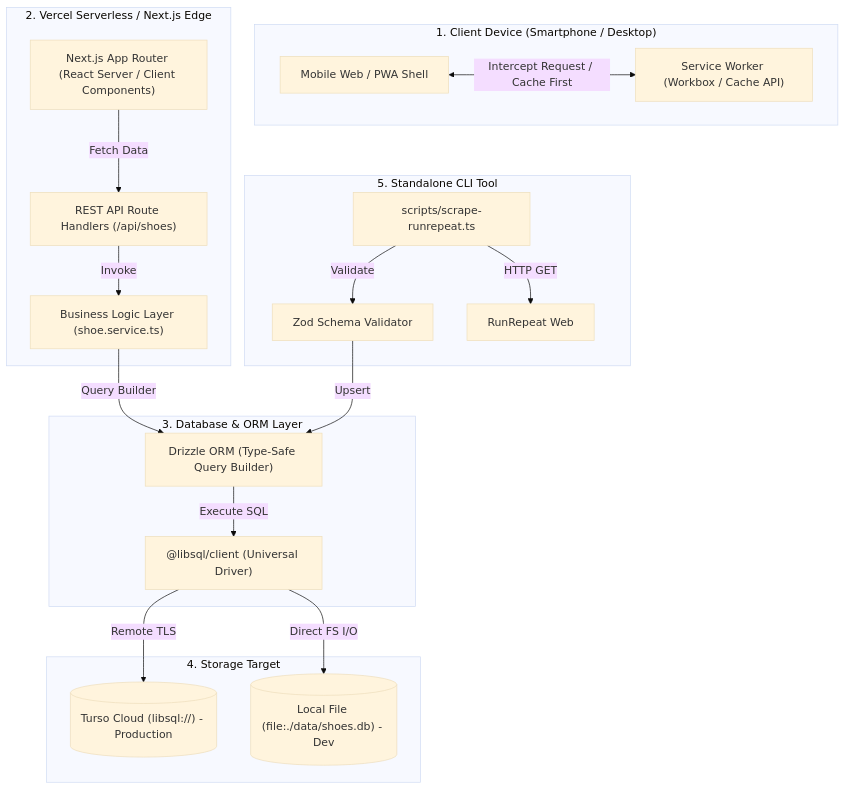
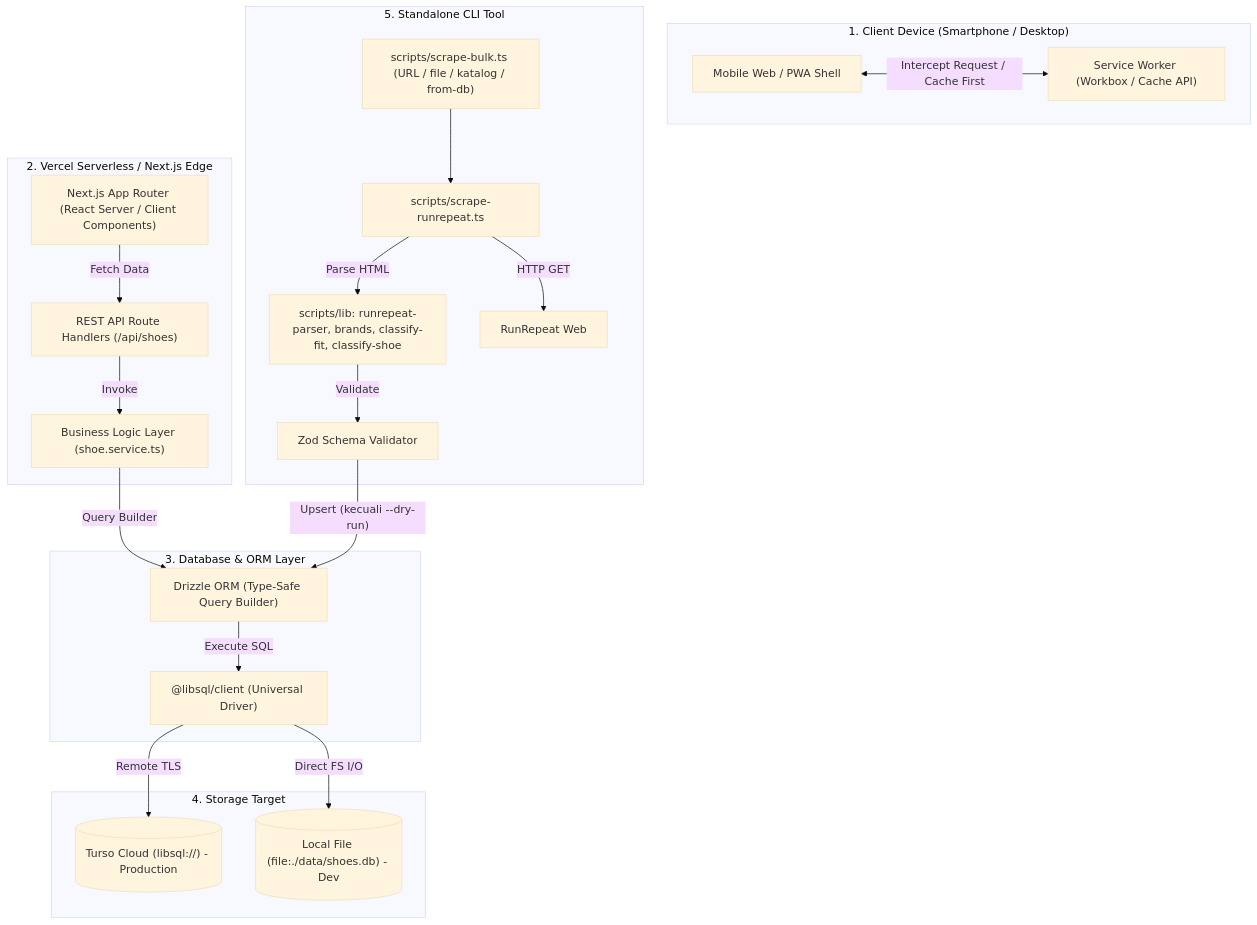
The diagram in docs/ARCHITECTURE.md (GodzillaCupu/SepatuLariApaIni), drawn with Mermaid (base theme) before and after one commit. The commit also changed other lines of this file and 9 other files, not shown here.

````diff
--- a/docs/ARCHITECTURE.md
+++ b/docs/ARCHITECTURE.md
@@ -9,43 +9,47 @@
 ```mermaid
 flowchart TD
     subgraph ClientDevice["1. Client Device (Smartphone / Desktop)"]
         Browser["Mobile Web / PWA Shell"]
         ServiceWorker["Service Worker (Workbox / Cache API)"]
         Browser <-->|"Intercept Request / Cache First"| ServiceWorker
     end
 
     subgraph ServerlessEdge["2. Vercel Serverless / Next.js Edge"]
         NextApp["Next.js App Router (React Server / Client Components)"]
         APIRoute["REST API Route Handlers (/api/shoes)"]
         ShoeService["Business Logic Layer (shoe.service.ts)"]
         
         NextApp -->|"Fetch Data"| APIRoute
         APIRoute -->|"Invoke"| ShoeService
     end
 
     subgraph DatabaseLayer["3. Database & ORM Layer"]
         Drizzle["Drizzle ORM (Type-Safe Query Builder)"]
         LibSqlClient["@libsql/client (Universal Driver)"]
         
         ShoeService -->|"Query Builder"| Drizzle
         Drizzle -->|"Execute SQL"| LibSqlClient
     end
 
     subgraph DataStorage["4. Storage Target"]
         TursoCloud[("Turso Cloud (libsql://) - Production")]
         LocalSQLite[("Local File (file:./data/shoes.db) - Dev")]
         
         LibSqlClient -->|"Remote TLS"| TursoCloud
         LibSqlClient -->|"Direct FS I/O"| LocalSQLite
     end
 
     subgraph ScraperCLI["5. Standalone CLI Tool"]
+        Bulk["scripts/scrape-bulk.ts (URL / file / katalog / from-db)"]
         Scraper["scripts/scrape-runrepeat.ts"]
+        Parser["scripts/lib: runrepeat-parser, brands, classify-fit, classify-shoe"]
         ZodValidator["Zod Schema Validator"]
         RunRepeatWeb["RunRepeat Web"]
         
+        Bulk --> Scraper
         Scraper -->|"HTTP GET"| RunRepeatWeb
-        Scraper -->|"Validate"| ZodValidator
-        ZodValidator -->|"Upsert"| Drizzle
+        Scraper -->|"Parse HTML"| Parser
+        Parser -->|"Validate"| ZodValidator
+        ZodValidator -->|"Upsert (kecuali --dry-run)"| Drizzle
     end
 ```
````
